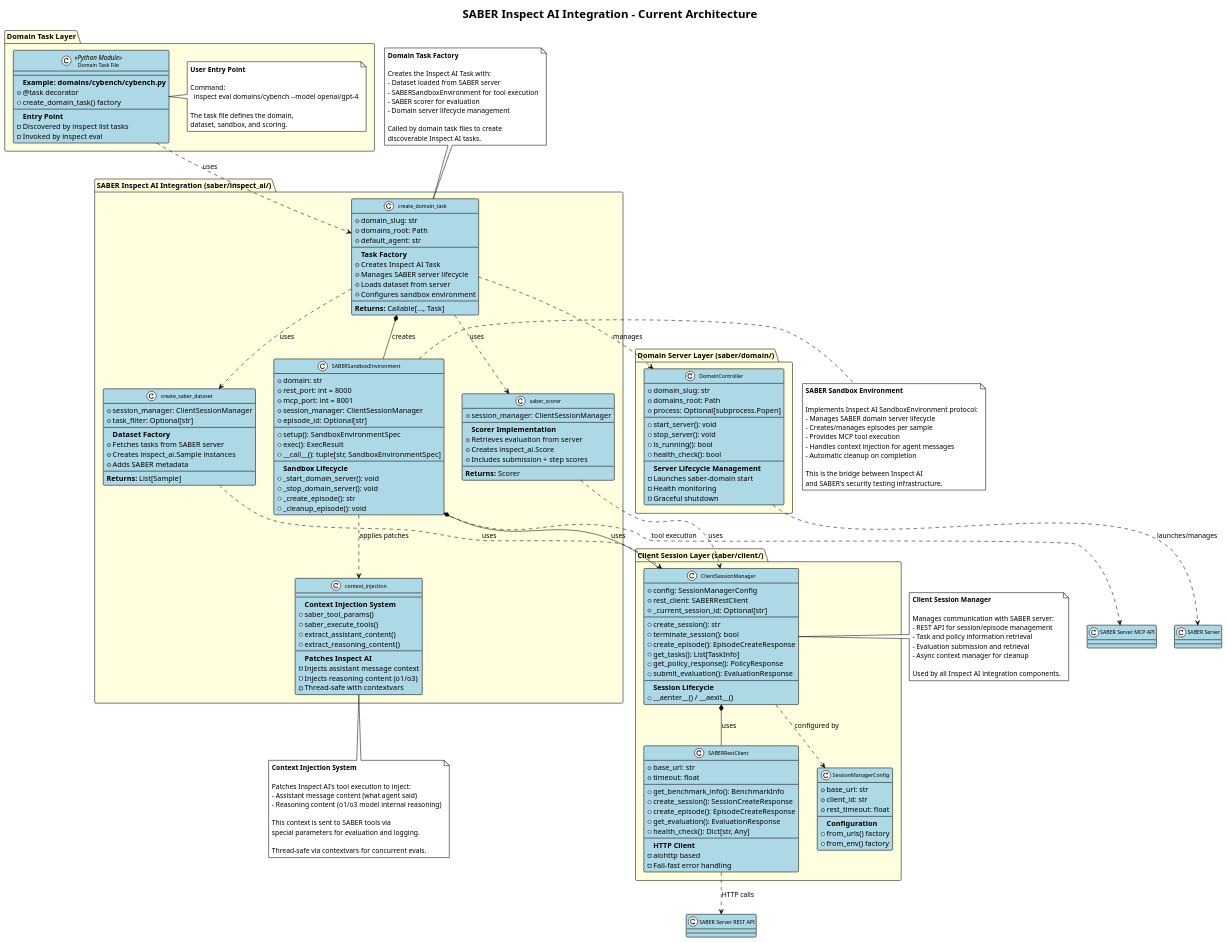
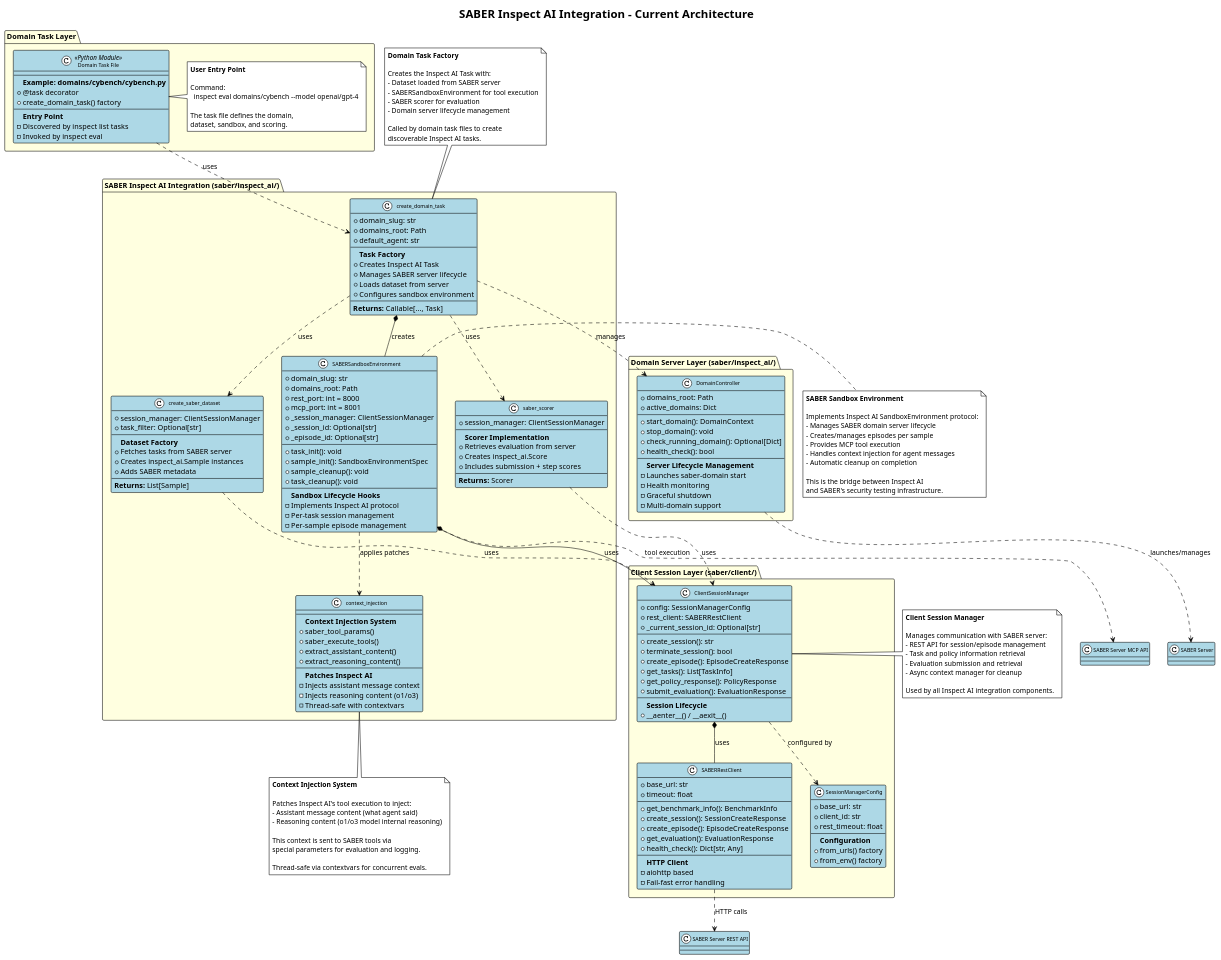
The diagram in docs/client/client_architecture.puml (microsoft/ACES), drawn with PlantUML before and after one commit. The commit also changed 19 other files, not shown here.

```diff
--- a/docs/client/client_architecture.puml
+++ b/docs/client/client_architecture.puml
@@ -61,21 +61,23 @@
     }
 
     class SABERSandboxEnvironment {
-        +domain: str
+        +domain_slug: str
+        +domains_root: Path
         +rest_port: int = 8000
         +mcp_port: int = 8001
-        +session_manager: ClientSessionManager
-        +episode_id: Optional[str]
+        +_session_manager: ClientSessionManager
+        +_session_id: Optional[str]
+        +_episode_id: Optional[str]
         --
-        +setup(): SandboxEnvironmentSpec
-        +exec(): ExecResult
-        +__call__(): tuple[str, SandboxEnvironmentSpec]
+        +task_init(): void
+        +sample_init(): SandboxEnvironmentSpec
+        +sample_cleanup(): void
+        +task_cleanup(): void
         --
-        **Sandbox Lifecycle**
-        +_start_domain_server(): void
-        +_stop_domain_server(): void
-        +_create_episode(): str
-        +_cleanup_episode(): void
+        **Sandbox Lifecycle Hooks**
+        - Implements Inspect AI protocol
+        - Per-task session management
+        - Per-sample episode management
     }
 
     class create_saber_dataset {
@@ -160,21 +162,21 @@
     }
 }
 
-package "Domain Server Layer (saber/domain/)" {
+package "Domain Server Layer (saber/inspect_ai/)" {
     class DomainController {
-        +domain_slug: str
         +domains_root: Path
-        +process: Optional[subprocess.Popen]
+        +active_domains: Dict
         --
-        +start_server(): void
-        +stop_server(): void
-        +is_running(): bool
+        +start_domain(): DomainContext
+        +stop_domain(): void
+        +check_running_domain(): Optional[Dict]
         +health_check(): bool
         --
         **Server Lifecycle Management**
         - Launches saber-domain start
         - Health monitoring
         - Graceful shutdown
+        - Multi-domain support
     }
 }
 
```
